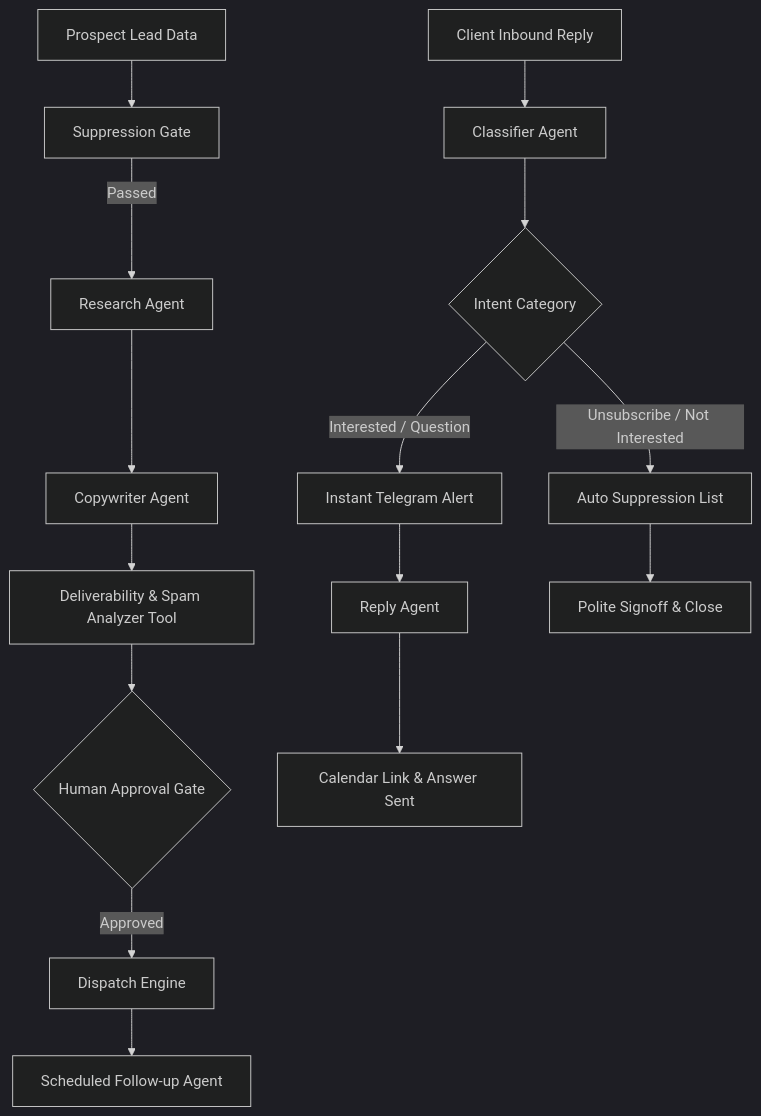
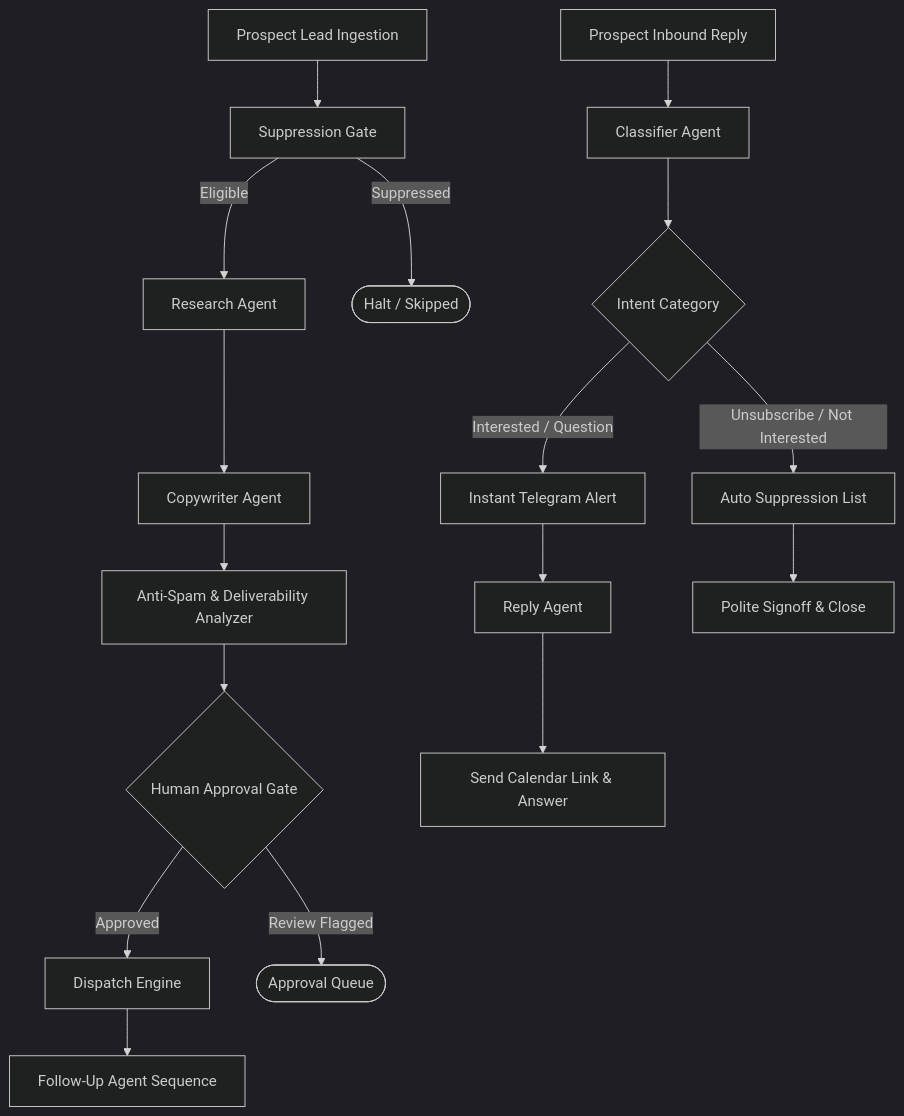
One commit to Nabab-Hub/mazaoutreach changed the diagram in agentic-ai/USER_MANUAL.md. Above: the diagram before and after it, drawn with Mermaid (dark theme). The commit also changed other lines of this file, not shown here.

````diff
--- a/agentic-ai/USER_MANUAL.md
+++ b/agentic-ai/USER_MANUAL.md
@@ -23,18 +23,20 @@
 ```mermaid
 flowchart TD
-    A[Prospect Lead Data] --> B[Suppression Gate]
-    B -->|Passed| C[Research Agent]
+    A[Prospect Lead Ingestion] --> B[Suppression Gate]
+    B -->|Eligible| C[Research Agent]
+    B -->|Suppressed| End1([Halt / Skipped])
     C --> D[Copywriter Agent]
-    D --> E[Deliverability & Spam Analyzer Tool]
+    D --> E[Anti-Spam & Deliverability Analyzer]
     E --> F{Human Approval Gate}
     F -->|Approved| G[Dispatch Engine]
-    G --> H[Scheduled Follow-up Agent]
+    F -->|Review Flagged| Review([Approval Queue])
+    G --> H[Follow-Up Agent Sequence]
 
-    I[Client Inbound Reply] --> J[Classifier Agent]
+    I[Prospect Inbound Reply] --> J[Classifier Agent]
     J --> K{Intent Category}
     K -->|Interested / Question| L[Instant Telegram Alert]
     L --> M[Reply Agent]
-    M --> N[Calendar Link & Answer Sent]
+    M --> N[Send Calendar Link & Answer]
     K -->|Unsubscribe / Not Interested| O[Auto Suppression List]
     O --> P[Polite Signoff & Close]
 ```
````
